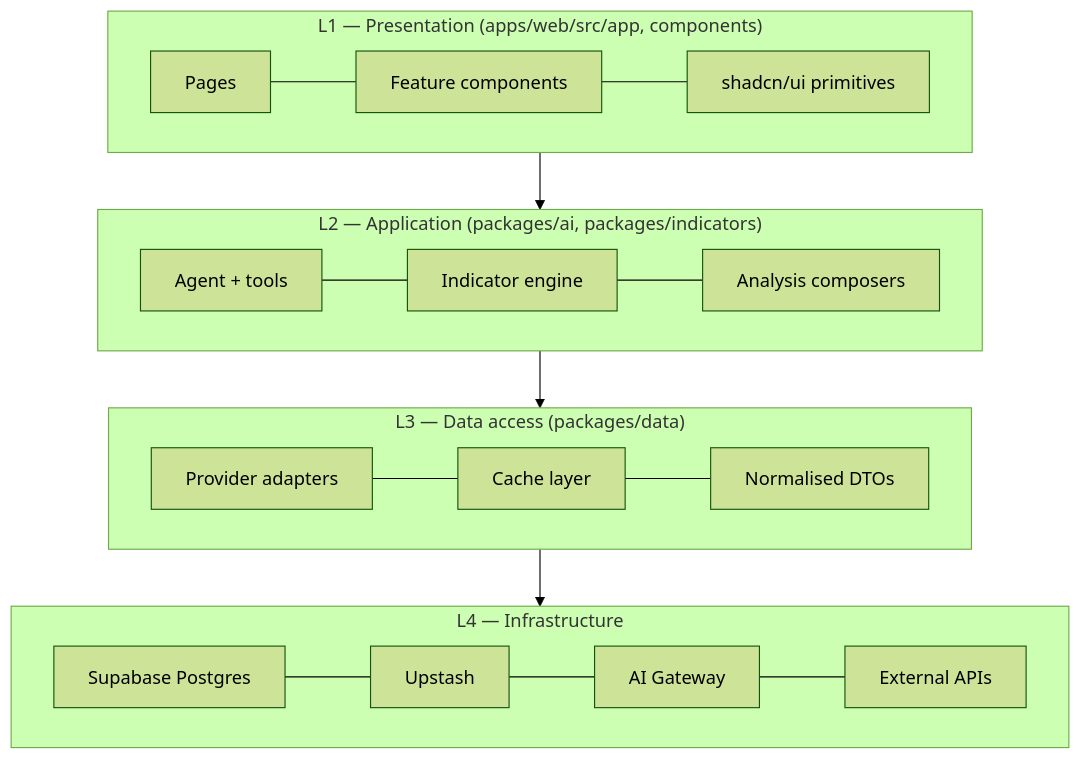
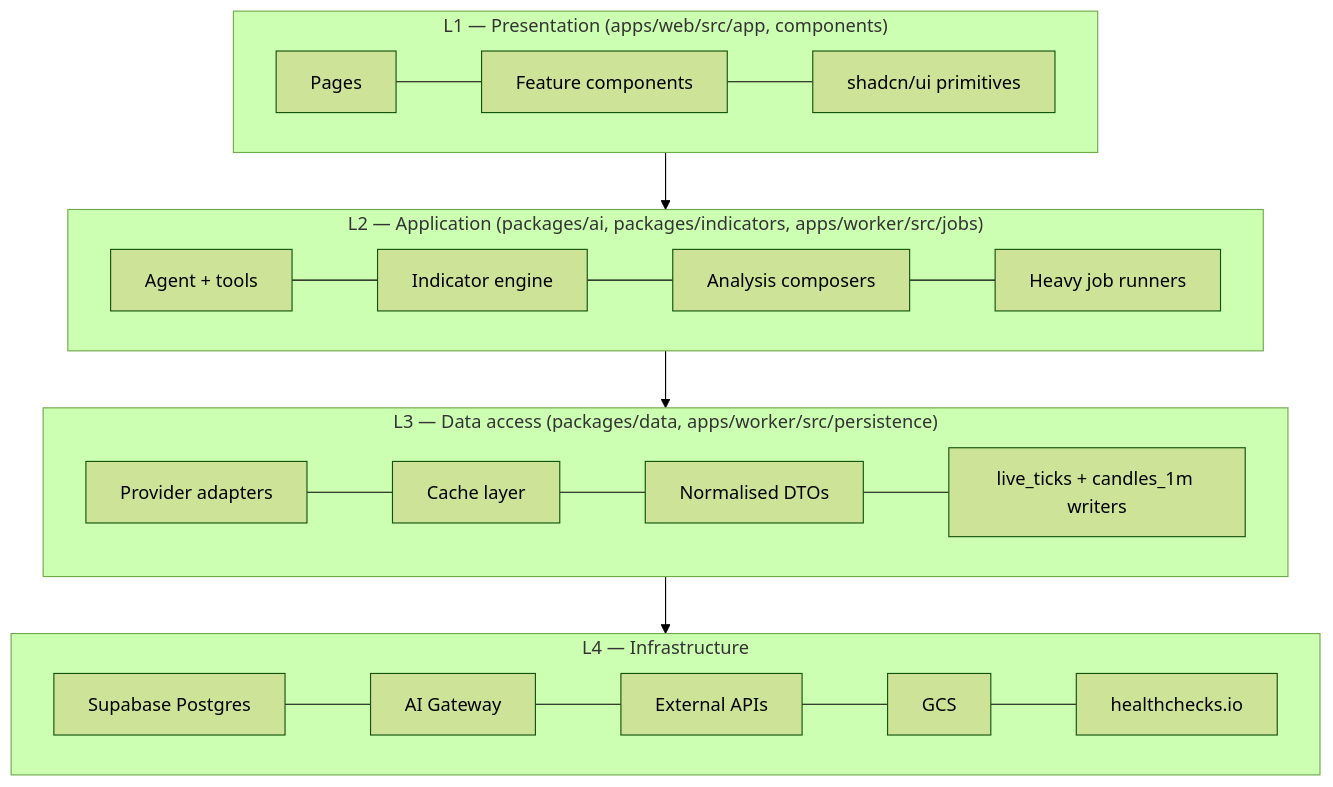
Before and after one commit to HamaFx/Kestrel: the fifth of 5 diagrams in docs/01-architecture.md, drawn with Mermaid (forest theme). The commit also changed other lines of this file and 16 other files, not shown here.

````diff
--- a/docs/01-architecture.md
+++ b/docs/01-architecture.md
@@ -155,19 +175,19 @@
 ```mermaid
 flowchart TB
     subgraph L1["L1 — Presentation (apps/web/src/app, components)"]
         P1[Pages] --- P2[Feature components] --- P3[shadcn/ui primitives]
     end
-    subgraph L2["L2 — Application (packages/ai, packages/indicators)"]
-        A1[Agent + tools] --- A2[Indicator engine] --- A3[Analysis composers]
+    subgraph L2["L2 — Application (packages/ai, packages/indicators, apps/worker/src/jobs)"]
+        A1[Agent + tools] --- A2[Indicator engine] --- A3[Analysis composers] --- A4[Heavy job runners]
     end
-    subgraph L3["L3 — Data access (packages/data)"]
-        D1[Provider adapters] --- D2[Cache layer] --- D3[Normalised DTOs]
+    subgraph L3["L3 — Data access (packages/data, apps/worker/src/persistence)"]
+        D1[Provider adapters] --- D2[Cache layer] --- D3[Normalised DTOs] --- D4[live_ticks + candles_1m writers]
     end
     subgraph L4["L4 — Infrastructure"]
-        I1[Supabase Postgres] --- I2[Upstash] --- I3[AI Gateway] --- I4[External APIs]
+        I1[Supabase Postgres] --- I3[AI Gateway] --- I4[External APIs] --- I5[GCS] --- I6[healthchecks.io]
     end
 
     L1 --> L2
     L2 --> L3
     L3 --> L4
 ```
````
